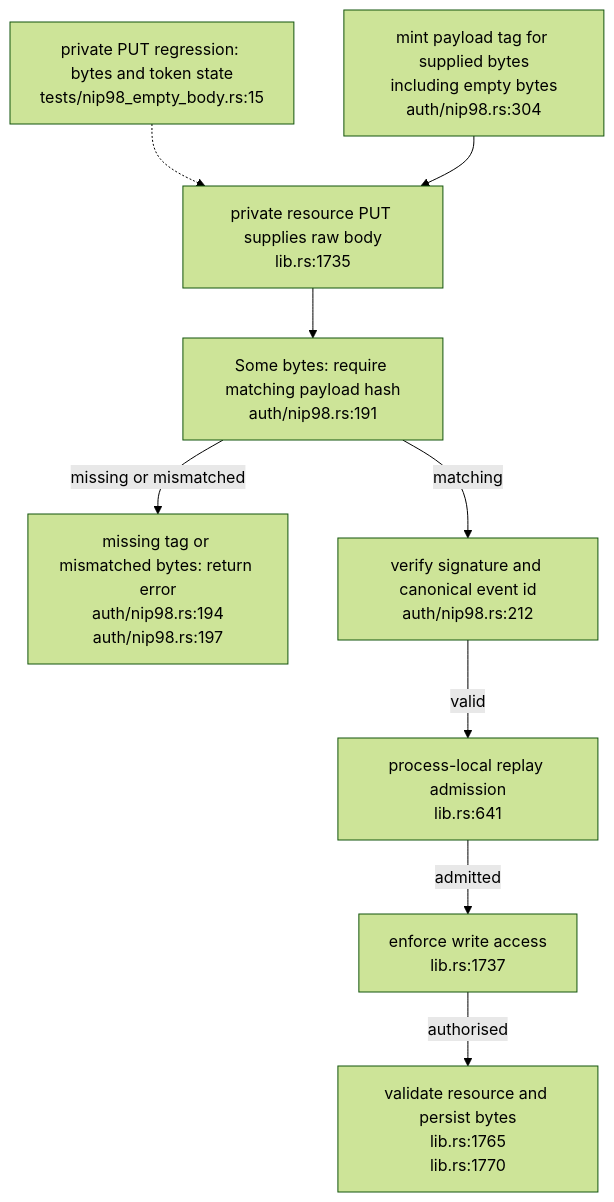
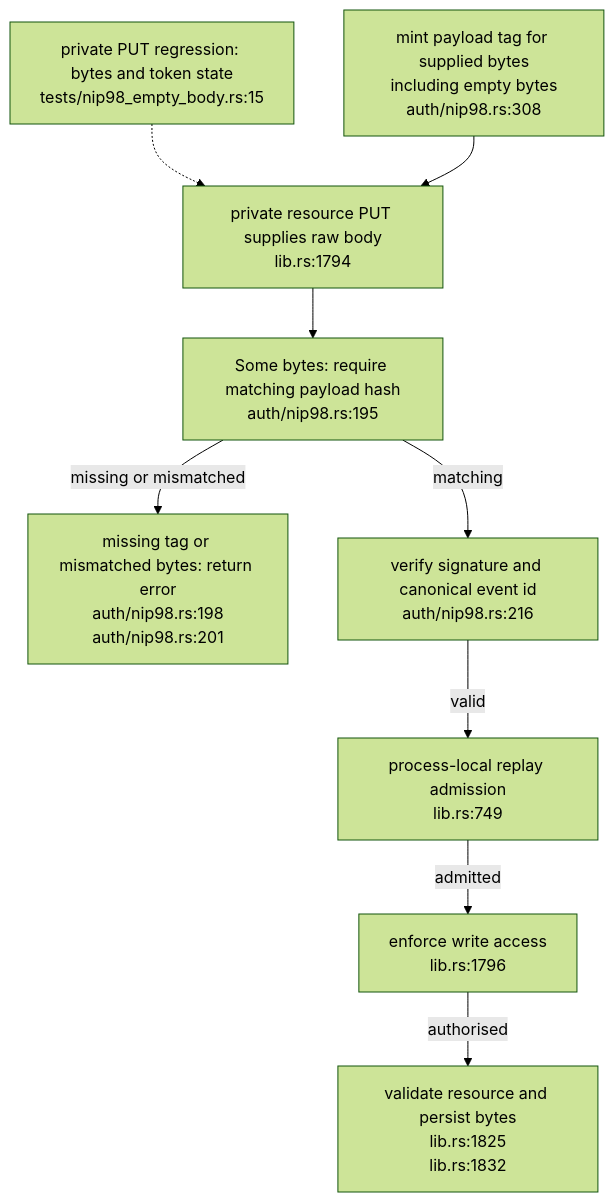
The diagram in docs/diagrams/solid-pod-rs/11-empty-body-binding.md (DreamLab-AI/VisionFlow), drawn with Mermaid (forest theme) before and after one commit. The commit also changed other lines of this file and 154 other files, not shown here.

First line of the commit message:
docs(diagrams): re-stamp 154 topics whose every citation still reads the same text at the current heads

````diff
--- a/docs/diagrams/solid-pod-rs/11-empty-body-binding.md
+++ b/docs/diagrams/solid-pod-rs/11-empty-body-binding.md
@@ -24,19 +24,19 @@
 ```mermaid
 flowchart TD
-    MINT["mint payload tag for supplied bytes<br/>including empty bytes<br/>auth/nip98.rs:304"]
-    PUT["private resource PUT supplies raw body<br/>lib.rs:1735"]
-    BODY["Some bytes: require matching payload hash<br/>auth/nip98.rs:191"]
-    REJECT["missing tag or mismatched bytes: return error<br/>auth/nip98.rs:194<br/>auth/nip98.rs:197"]
-    SIGN["verify signature and canonical event id<br/>auth/nip98.rs:212"]
-    CLAIM["process-local replay admission<br/>lib.rs:641"]
-    WAC["enforce write access<br/>lib.rs:1737"]
-    WRITE["validate resource and persist bytes<br/>lib.rs:1765<br/>lib.rs:1770"]
+    MINT["mint payload tag for supplied bytes<br/>including empty bytes<br/>auth/nip98.rs:308"]
+    PUT["private resource PUT supplies raw body<br/>lib.rs:1794"]
+    BODY["Some bytes: require matching payload hash<br/>auth/nip98.rs:195"]
+    REJECT["missing tag or mismatched bytes: return error<br/>auth/nip98.rs:198<br/>auth/nip98.rs:201"]
+    SIGN["verify signature and canonical event id<br/>auth/nip98.rs:216"]
+    CLAIM["process-local replay admission<br/>lib.rs:749"]
+    WAC["enforce write access<br/>lib.rs:1796"]
+    WRITE["validate resource and persist bytes<br/>lib.rs:1825<br/>lib.rs:1832"]
     TEST["private PUT regression: bytes and token state<br/>tests/nip98_empty_body.rs:15"]
     TEST -.-> PUT
     MINT --> PUT --> BODY
     BODY -->|missing or mismatched| REJECT
     BODY -->|matching| SIGN
     SIGN -->|valid| CLAIM
     CLAIM -->|admitted| WAC
     WAC -->|authorised| WRITE
 ```
````
